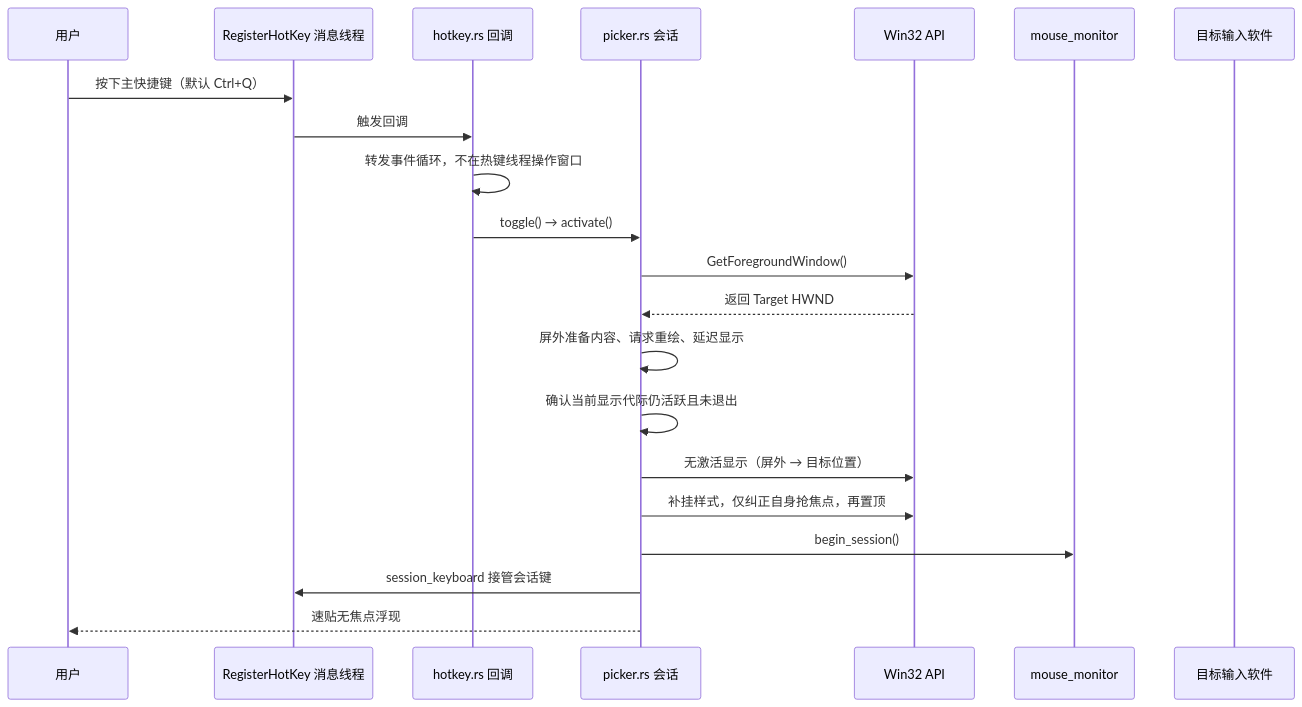
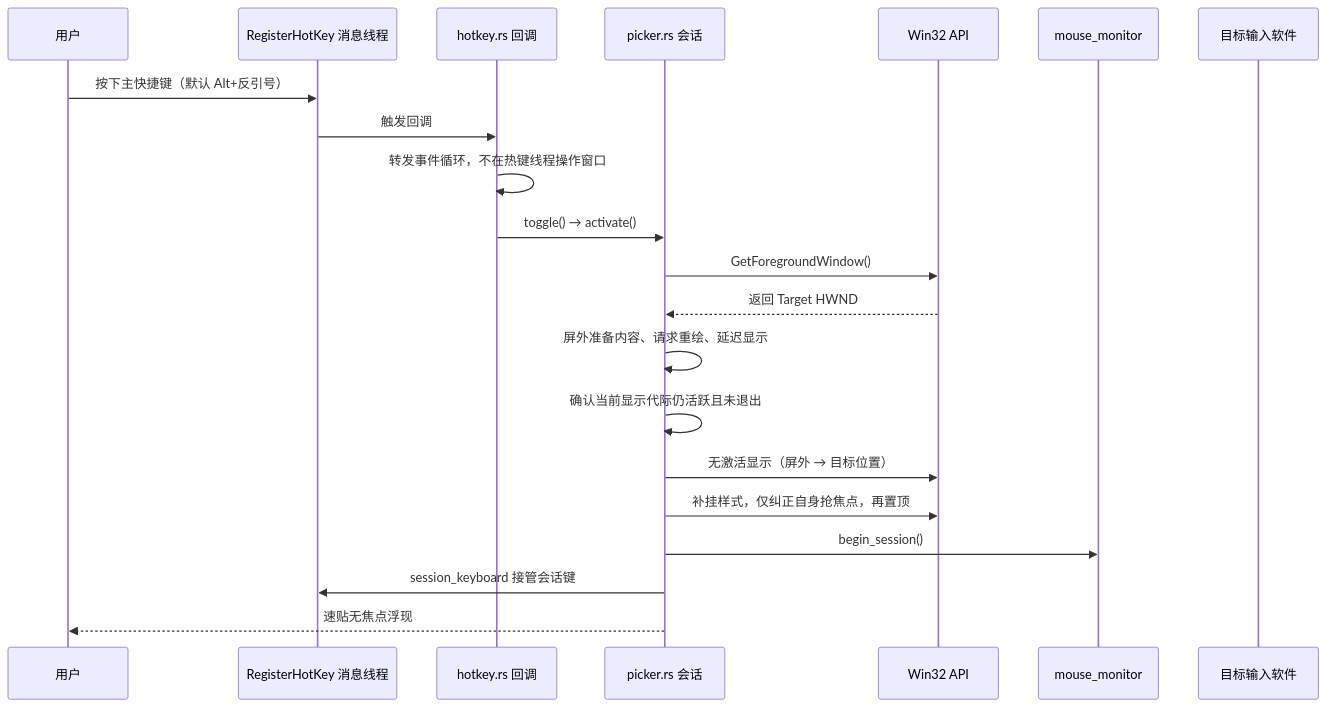
Before and after one commit to tranquil-w/floatpaste: the first of 2 diagrams in docs/no-focus-picker.md, drawn with Mermaid. The commit also changed other lines of this file and 20 other files, not shown here.

````diff
--- a/docs/no-focus-picker.md
+++ b/docs/no-focus-picker.md
@@ -54,24 +64,24 @@
 ```mermaid
 sequenceDiagram
     participant User as 用户
     participant HotkeyThread as RegisterHotKey 消息线程
     participant Hotkey as hotkey.rs 回调
     participant Picker as picker.rs 会话
     participant Win32 as Win32 API
     participant Mouse as mouse_monitor
     participant Target as 目标输入软件
 
-    User->>HotkeyThread: 按下主快捷键（默认 Ctrl+Q）
+    User->>HotkeyThread: 按下主快捷键（默认 Alt+反引号）
     HotkeyThread->>Hotkey: 触发回调
     Hotkey->>Hotkey: 转发事件循环，不在热键线程操作窗口
     Hotkey->>Picker: toggle() → activate()
     Picker->>Win32: GetForegroundWindow()
     Win32-->>Picker: 返回 Target HWND
     Picker->>Picker: 屏外准备内容、请求重绘、延迟显示
     Picker->>Picker: 确认当前显示代际仍活跃且未退出
     Picker->>Win32: 无激活显示（屏外 → 目标位置）
     Picker->>Win32: 补挂样式，仅纠正自身抢焦点，再置顶
     Picker->>Mouse: begin_session()
     Picker->>HotkeyThread: session_keyboard 接管会话键
     Picker-->>User: 速贴无焦点浮现
 ```
````
